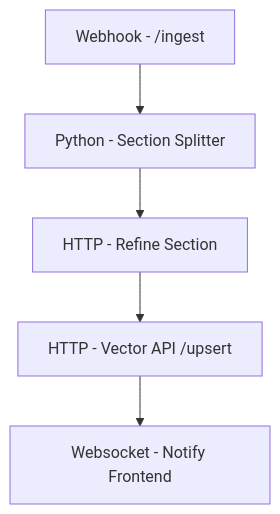
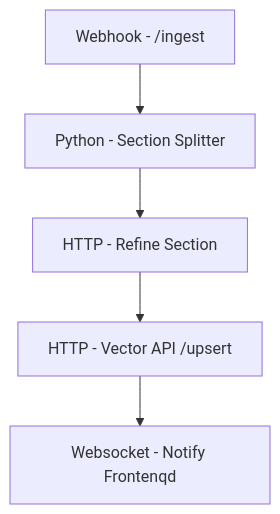
The diagram in activepieces/readme.md (edangelo2/spec-builder), drawn with Mermaid before and after one commit.

````diff
--- a/activepieces/readme.md
+++ b/activepieces/readme.md
@@ -1,7 +1,7 @@
 ```mermaid
 graph TD
     A[Webhook - /ingest] --> B[Python - Section Splitter]
     B --> C[HTTP - Refine Section]
     C --> D[HTTP - Vector API /upsert]
-    D --> E[Websocket - Notify Frontend]
+    D --> E[Websocket - Notify Frontenqd]
 ```
````
